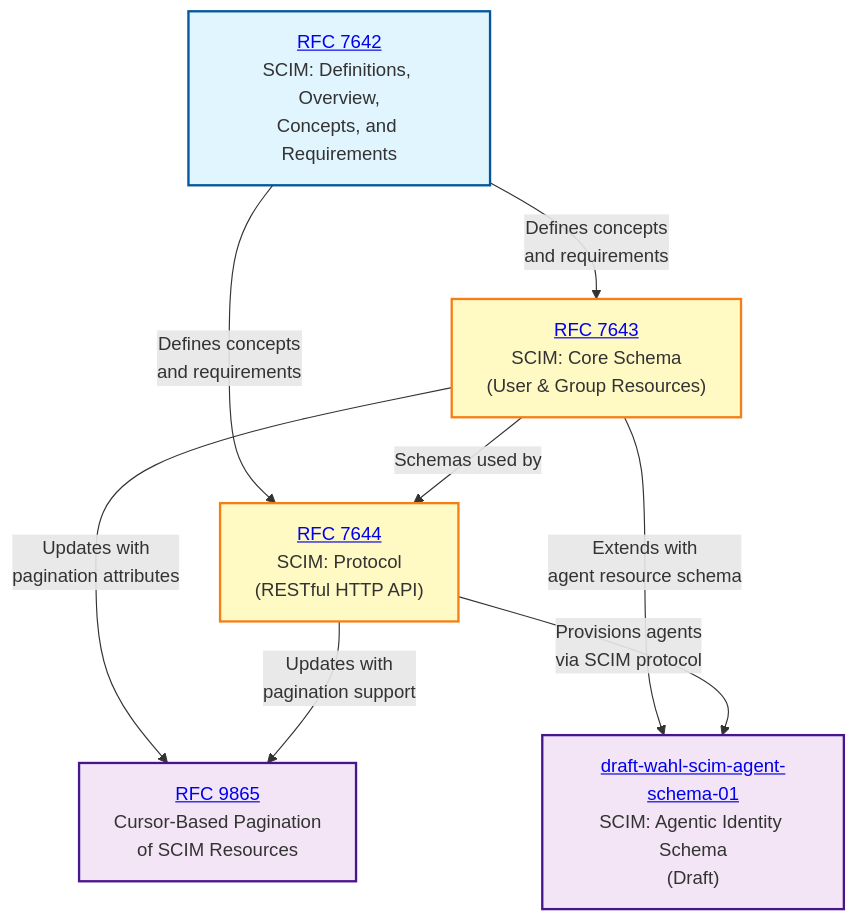
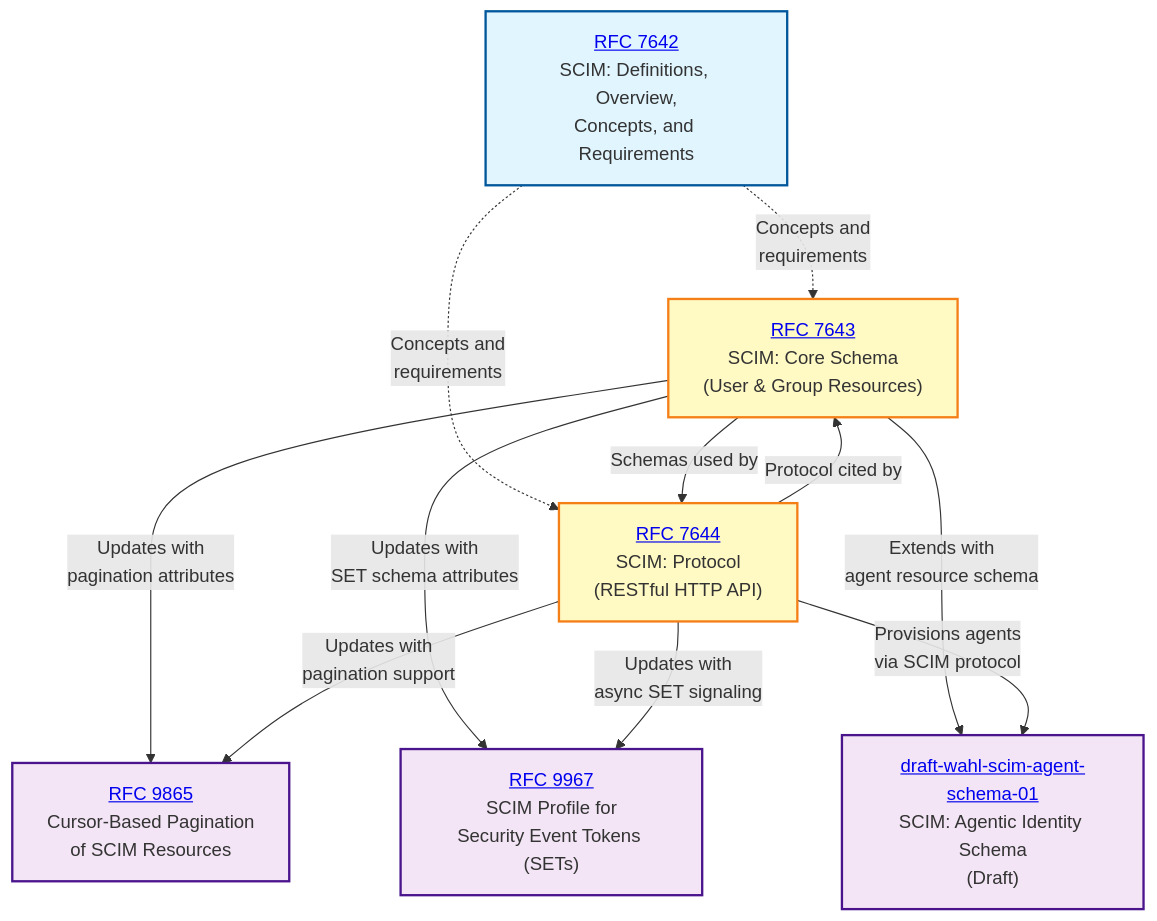
The diagram in Graph.md (ryanspletzer/scim-spec-graph), drawn with Mermaid before and after one commit. The commit also changed other lines of this file and 1 other file, not shown here.

First line of the commit message:
Audit normative-reference edges and add RFC 9967

````diff
--- a/Graph.md
+++ b/Graph.md
@@ -5,36 +5,47 @@
 ```mermaid
 graph TD
     %% Core SCIM Foundation
     RFC7642["<a href='https://www.rfc-editor.org/rfc/rfc7642'>RFC 7642</a><br/>SCIM: Definitions, Overview,<br/>Concepts, and Requirements"]
     
     %% SCIM Schema
     RFC7643["<a href='https://www.rfc-editor.org/rfc/rfc7643'>RFC 7643</a><br/>SCIM: Core Schema<br/>(User & Group Resources)"]
     
     %% SCIM Protocol
     RFC7644["<a href='https://www.rfc-editor.org/rfc/rfc7644'>RFC 7644</a><br/>SCIM: Protocol<br/>(RESTful HTTP API)"]
     
     %% Pagination Extension
     RFC9865["<a href='https://www.rfc-editor.org/rfc/rfc9865'>RFC 9865</a><br/>Cursor-Based Pagination<br/>of SCIM Resources"]
     
+    %% Security Event Token Profile Extension
+    RFC9967["<a href='https://www.rfc-editor.org/rfc/rfc9967'>RFC 9967</a><br/>SCIM Profile for<br/>Security Event Tokens (SETs)"]
+    
     %% Agentic Identity Extension (Draft)
     SCIM_AgentSchema["<a href='https://datatracker.ietf.org/doc/html/draft-wahl-scim-agent-schema-01'>draft-wahl-scim-agent-schema-01</a><br/>SCIM: Agentic Identity Schema<br/>(Draft)"]
     
     %% Styling
     classDef foundation fill:#e1f5ff,stroke:#01579b,stroke-width:2px
     classDef core fill:#fff9c4,stroke:#f57f17,stroke-width:2px
     classDef extension fill:#f3e5f5,stroke:#4a148c,stroke-width:2px
     
     class RFC7642 foundation
     class RFC7643,RFC7644 core
     class RFC9865 extension
+    class RFC9967 extension
     class SCIM_AgentSchema extension
     
     %% Dependencies
-    RFC7642 -->|"Defines concepts<br/>and requirements"| RFC7643
-    RFC7642 -->|"Defines concepts<br/>and requirements"| RFC7644
+    %% Conceptual foundation (dotted): RFC 7642 is informative context, not a
+    %% normative reference of the schema or protocol.
+    RFC7642 -.->|"Concepts and<br/>requirements"| RFC7643
+    RFC7642 -.->|"Concepts and<br/>requirements"| RFC7644
+    %% Normative references (solid): edge points from the referenced spec to the
+    %% spec that normatively references it.
     RFC7643 -->|"Schemas used by"| RFC7644
+    RFC7644 -->|"Protocol cited by"| RFC7643
     RFC7643 -->|"Updates with<br/>pagination attributes"| RFC9865
     RFC7644 -->|"Updates with<br/>pagination support"| RFC9865
+    RFC7643 -->|"Updates with<br/>SET schema attributes"| RFC9967
+    RFC7644 -->|"Updates with<br/>async SET signaling"| RFC9967
     RFC7643 -->|"Extends with<br/>agent resource schema"| SCIM_AgentSchema
     RFC7644 -->|"Provisions agents<br/>via SCIM protocol"| SCIM_AgentSchema
 ```
````
